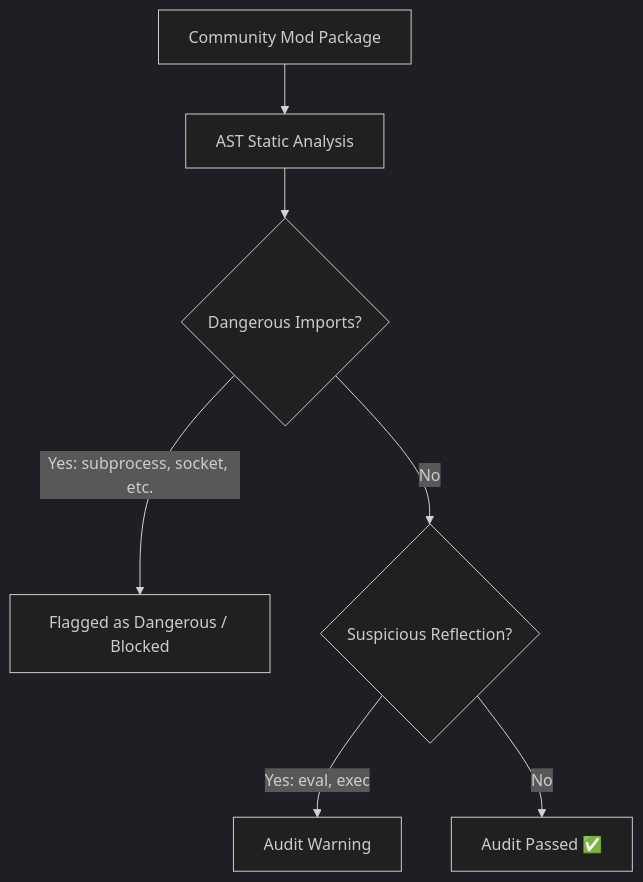
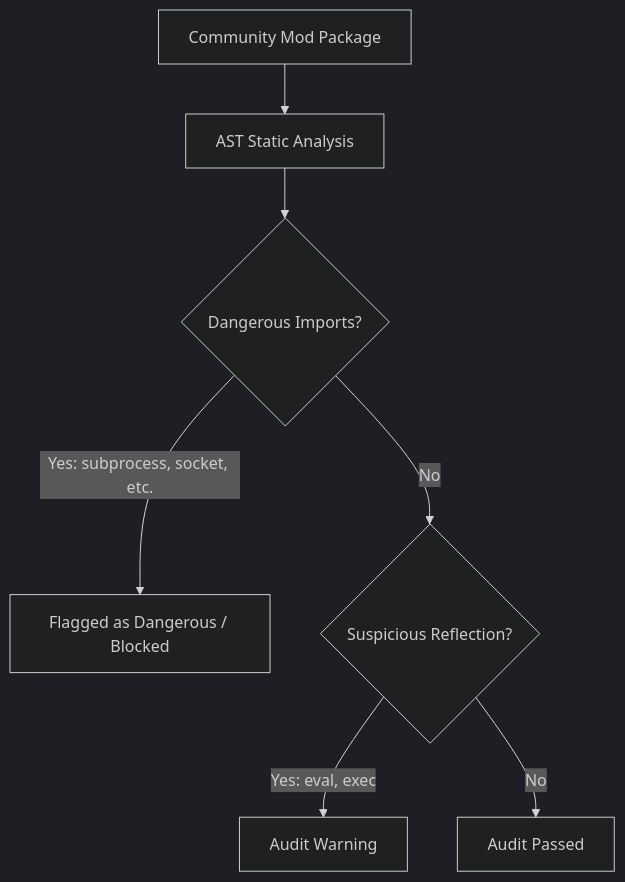
One commit to Meta-Dusk/pytoningans changed the diagram in docs/modding/inspector-audit.md. Above: the diagram before and after it, drawn with Mermaid (dark theme). The commit also changed other lines of this file and 55 other files, not shown here.

````diff
--- a/docs/modding/inspector-audit.md
+++ b/docs/modding/inspector-audit.md
@@ -38,9 +38,9 @@
 ```mermaid
 flowchart TD
     Mod[Community Mod Package] --> Parser[AST Static Analysis]
     Parser --> CheckImports{Dangerous Imports?}
     CheckImports -->|Yes: subprocess, socket, etc.| Block[Flagged as Dangerous / Blocked]
     CheckImports -->|No| CheckCalls{Suspicious Reflection?}
     CheckCalls -->|Yes: eval, exec| Warn[Audit Warning]
-    CheckCalls -->|No| Pass[Audit Passed ✅]
+    CheckCalls -->|No| Pass[Audit Passed]
 ```
````
